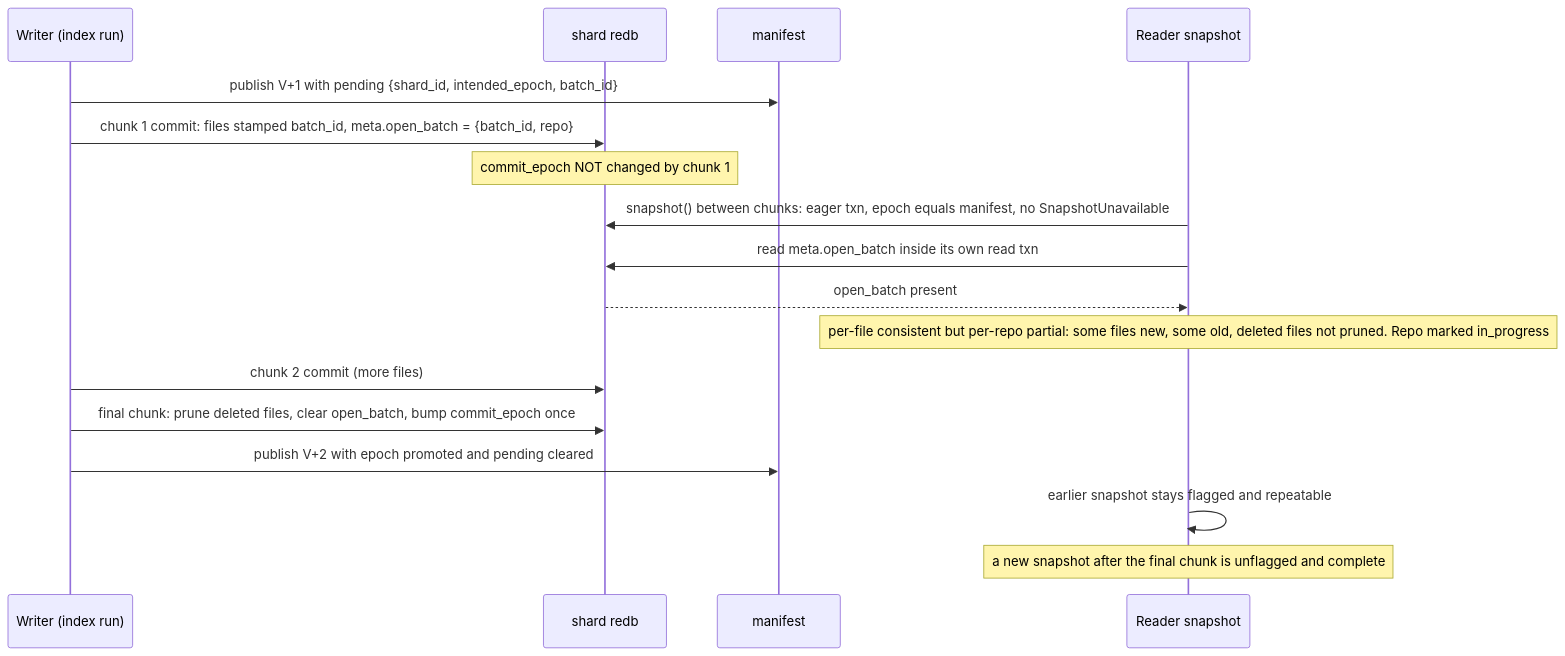
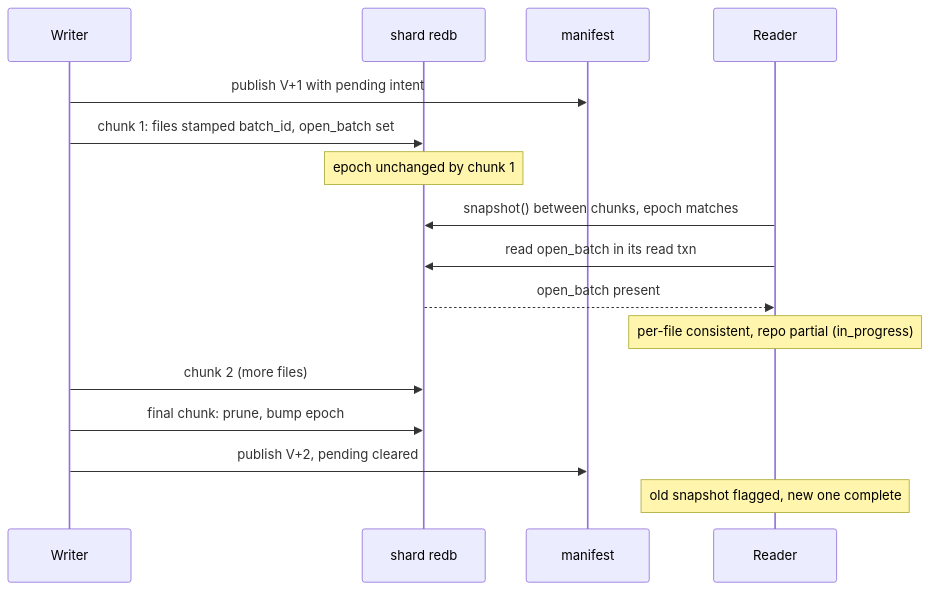
Before and after one commit to P47Phoenix/memory-graph: diagram 11 of 19 in docs/architecture-diagrams.md, drawn with Mermaid. The commit also changed other lines of this file and 2 other files, not shown here.

First line of the commit message:
Fix architecture diagram review findings (PR #13)

````diff
--- a/docs/architecture-diagrams.md
+++ b/docs/architecture-diagrams.md
@@ -430,19 +346,18 @@
 ```mermaid
 sequenceDiagram
-    participant W as Writer (index run)
+    participant W as Writer
     participant S as shard redb
     participant M as manifest
-    participant R as Reader snapshot
-    W->>M: publish V+1 with pending {shard_id, intended_epoch, batch_id}
-    W->>S: chunk 1 commit: files stamped batch_id, meta.open_batch = {batch_id, repo}
-    Note over S: commit_epoch NOT changed by chunk 1
-    R->>S: snapshot() between chunks: eager txn, epoch equals manifest, no SnapshotUnavailable
-    R->>S: read meta.open_batch inside its own read txn
+    participant R as Reader
+    W->>M: publish V+1 with pending intent
+    W->>S: chunk 1: files stamped batch_id, open_batch set
+    Note over S: epoch unchanged by chunk 1
+    R->>S: snapshot() between chunks, epoch matches
+    R->>S: read open_batch in its read txn
     S-->>R: open_batch present
-    Note over R: per-file consistent but per-repo partial: some files new, some old, deleted files not pruned. Repo marked in_progress
-    W->>S: chunk 2 commit (more files)
-    W->>S: final chunk: prune deleted files, clear open_batch, bump commit_epoch once
-    W->>M: publish V+2 with epoch promoted and pending cleared
-    R->>R: earlier snapshot stays flagged and repeatable
-    Note over R: a new snapshot after the final chunk is unflagged and complete
+    Note over R: per-file consistent, repo partial (in_progress)
+    W->>S: chunk 2 (more files)
+    W->>S: final chunk: prune, bump epoch
+    W->>M: publish V+2, pending cleared
+    Note over R: old snapshot flagged, new one complete
 ```
````
